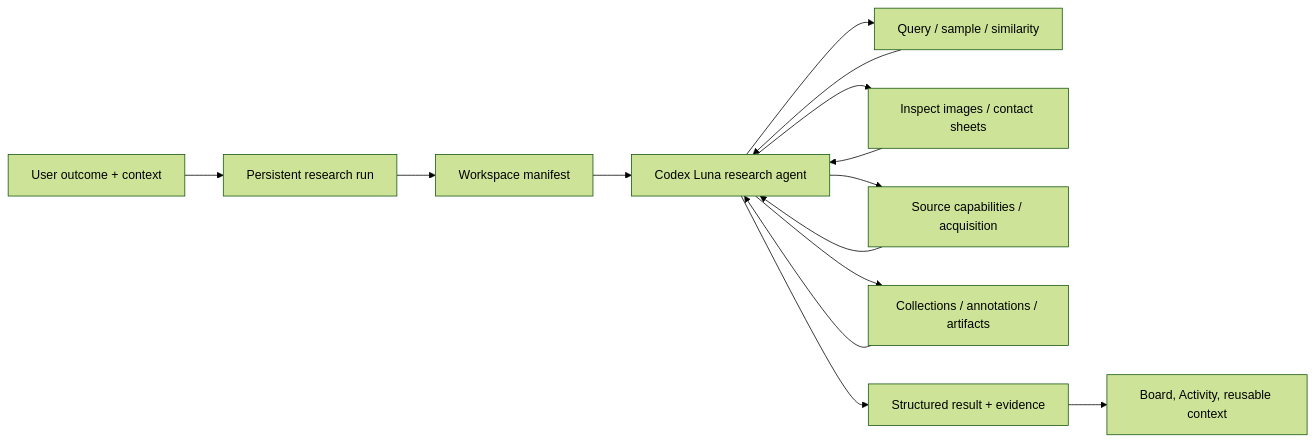
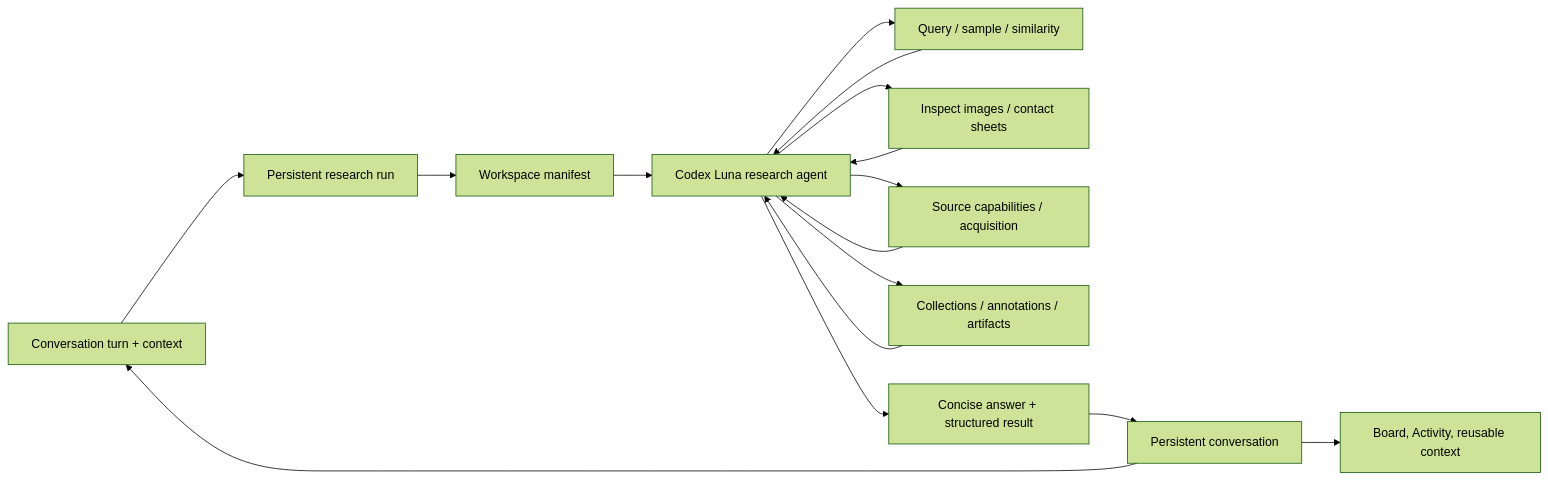
One commit to neuchatech/mosaic changed the diagram in docs/AGENTIC_RESEARCH.md. Above: the diagram before and after it, drawn with Mermaid (forest theme). The commit also changed other lines of this file and 3 other files, not shown here.

Commit message:
docs: explain conversational research flow

````diff
--- a/docs/AGENTIC_RESEARCH.md
+++ b/docs/AGENTIC_RESEARCH.md
@@ -34,16 +34,18 @@
 ```mermaid
 flowchart LR
-  U["User outcome + context"] --> R["Persistent research run"]
+  U["Conversation turn + context"] --> R["Persistent research run"]
   R --> M["Workspace manifest"]
   M --> A["Codex Luna research agent"]
   A --> Q["Query / sample / similarity"]
   A --> V["Inspect images / contact sheets"]
   A --> S["Source capabilities / acquisition"]
   A --> C["Collections / annotations / artifacts"]
   Q --> A
   V --> A
   S --> A
   C --> A
-  A --> O["Structured result + evidence"]
-  O --> B["Board, Activity, reusable context"]
+  A --> O["Concise answer + structured result"]
+  O --> T["Persistent conversation"]
+  T --> B["Board, Activity, reusable context"]
+  T --> U
 ```
````
